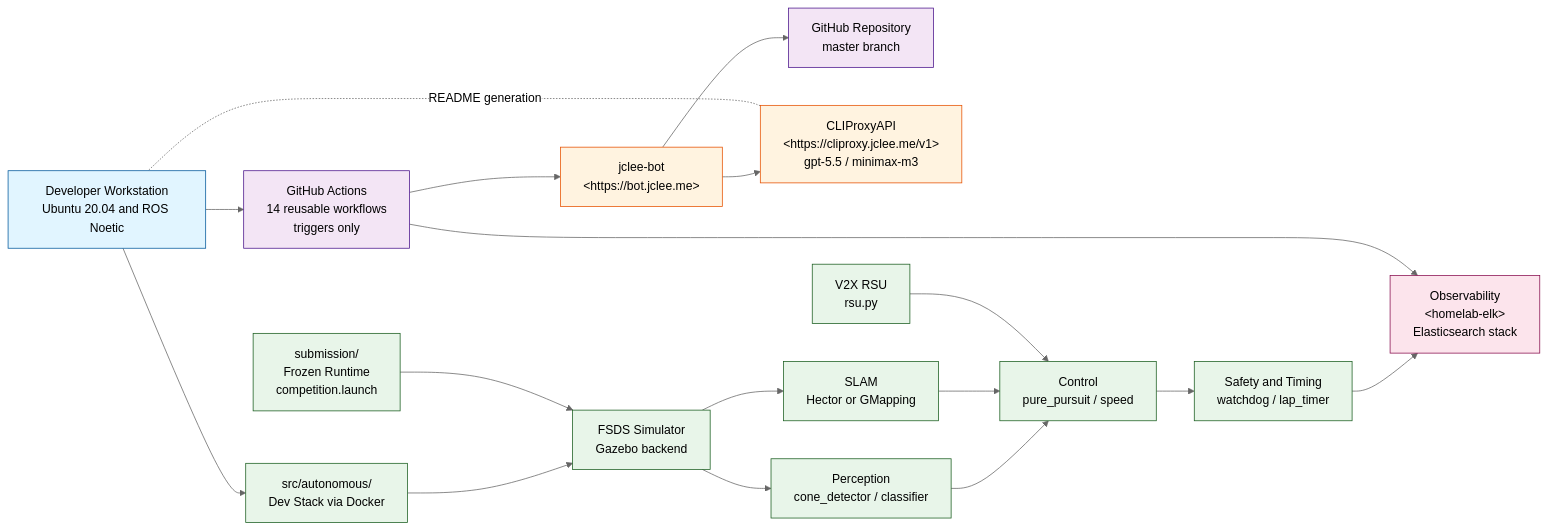
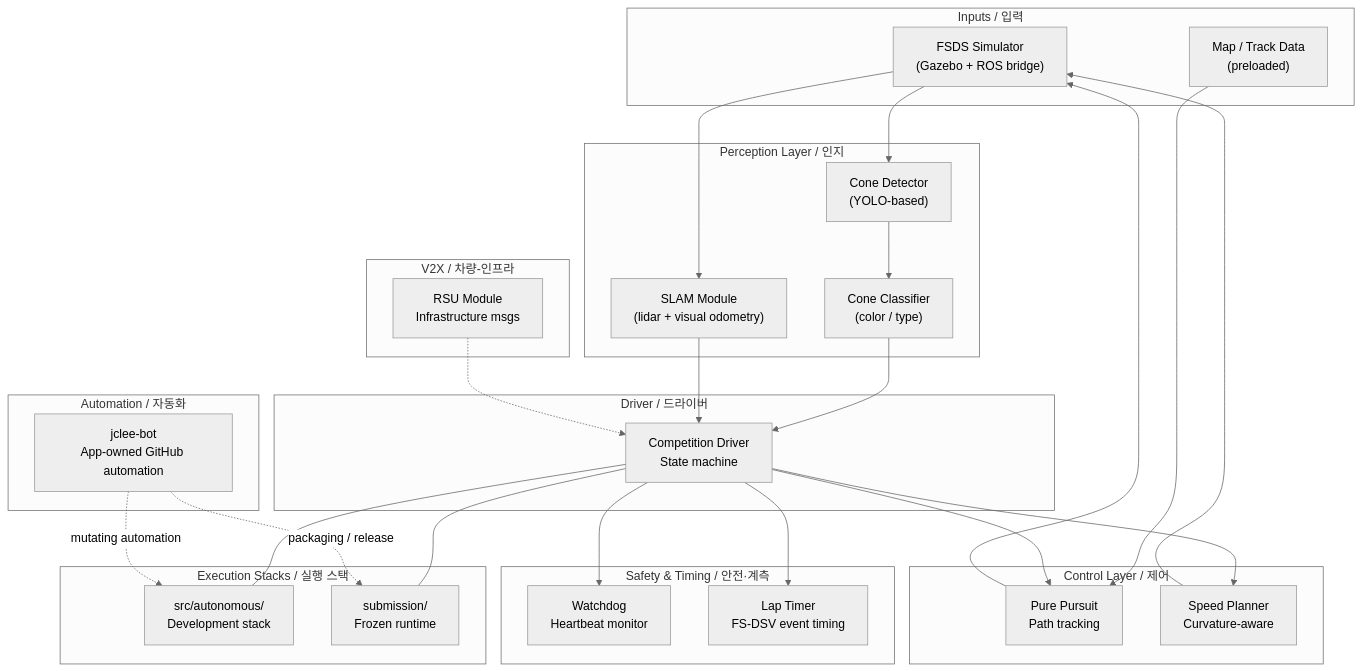
The diagram in README.md (jclee941/hycu_fsds), drawn with Mermaid (neutral theme) before and after one commit. The commit also changed other lines of this file, not shown here.

````diff
--- a/README.md
+++ b/README.md
@@ -79,40 +176,58 @@
 ```mermaid
-flowchart LR
-    classDef dev fill:#e1f5ff,stroke:#01579b,color:#000
-    classDef gh fill:#f3e5f5,stroke:#4a148c,color:#000
-    classDef bot fill:#fff3e0,stroke:#e65100,color:#000
-    classDef runtime fill:#e8f5e9,stroke:#1b5e20,color:#000
-    classDef obs fill:#fce4ec,stroke:#880e4f,color:#000
+flowchart TB
+    subgraph INPUT["Inputs / 입력"]
+        SIM["FSDS Simulator<br/>(Gazebo + ROS bridge)"]
+        MAP["Map / Track Data<br/>(preloaded)"]
+    end
 
-    Dev["Developer Workstation<br/>Ubuntu 20.04 and ROS Noetic"]:::dev
-    Repo["GitHub Repository<br/>master branch"]:::gh
-    Actions["GitHub Actions<br/>14 reusable workflows<br/>triggers only"]:::gh
-    Bot["jclee-bot<br/>&lt;https://bot.jclee.me&gt;"]:::bot
-    Proxy["CLIProxyAPI<br/>&lt;https://cliproxy.jclee.me/v1&gt;<br/>gpt-5.5 / minimax-m3"]:::bot
-    DevStack["src/autonomous/<br/>Dev Stack via Docker"]:::runtime
-    SubStack["submission/<br/>Frozen Runtime<br/>competition.launch"]:::runtime
-    Sim["FSDS Simulator<br/>Gazebo backend"]:::runtime
-    Perc["Perception<br/>cone_detector / classifier"]:::runtime
-    Slam["SLAM<br/>Hector or GMapping"]:::runtime
-    Ctrl["Control<br/>pure_pursuit / speed"]:::runtime
-    Safe["Safety and Timing<br/>watchdog / lap_timer"]:::runtime
-    V2X["V2X RSU<br/>rsu.py"]:::runtime
-    ELK["Observability<br/>&lt;homelab-elk&gt;<br/>Elasticsearch stack"]:::obs
+    subgraph PERCEPTION["Perception Layer / 인지"]
+        DET["Cone Detector<br/>(YOLO-based)"]
+        CLS["Cone Classifier<br/>(color / type)"]
+        SLAM["SLAM Module<br/>(lidar + visual odometry)"]
+    end
 
-    Dev --> Actions
-    Actions --> Bot
-    Bot --> Proxy
-    Proxy -. README generation .- Dev
-    Dev --> DevStack
-    DevStack --> Sim
-    SubStack --> Sim
-    Sim --> Perc
-    Sim --> Slam
-    Perc --> Ctrl
-    Slam --> Ctrl
-    Ctrl --> Safe
-    V2X --> Ctrl
-    Safe --> ELK
-    Bot --> Repo
-    Actions --> ELK
+    subgraph CONTROL["Control Layer / 제어"]
+        PP["Pure Pursuit<br/>Path tracking"]
+        SPD["Speed Planner<br/>Curvature-aware"]
+    end
+
+    subgraph SAFETY["Safety & Timing / 안전·계측"]
+        WD["Watchdog<br/>Heartbeat monitor"]
+        LT["Lap Timer<br/>FS-DSV event timing"]
+    end
+
+    subgraph V2X["V2X / 차량-인프라"]
+        RSU["RSU Module<br/>Infrastructure msgs"]
+    end
+
+    subgraph DRIVER["Driver / 드라이버"]
+        DRV["Competition Driver<br/>State machine"]
+    end
+
+    subgraph STACK["Execution Stacks / 실행 스택"]
+        DEV["src/autonomous/<br/>Development stack"]
+        SUB["submission/<br/>Frozen runtime"]
+    end
+
+    subgraph BOT["Automation / 자동화"]
+        JCL["jclee-bot<br/>App-owned GitHub automation"]
+    end
+
+    SIM --> DET
+    SIM --> SLAM
+    MAP --> PP
+    DET --> CLS
+    CLS --> DRV
+    SLAM --> DRV
+    RSU -.-> DRV
+    DRV --> PP
+    DRV --> SPD
+    PP --> SIM
+    SPD --> SIM
+    DRV --> WD
+    DRV --> LT
+    DRV --- DEV
+    DRV --- SUB
+    JCL -.->|mutating automation| DEV
+    JCL -.->|packaging / release| SUB
 ```
````
